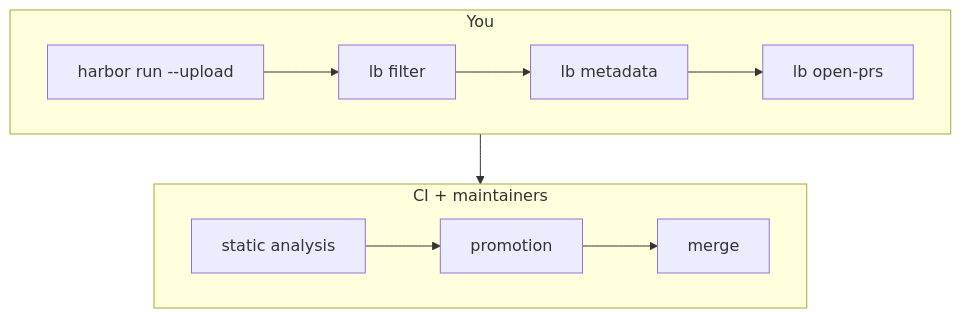
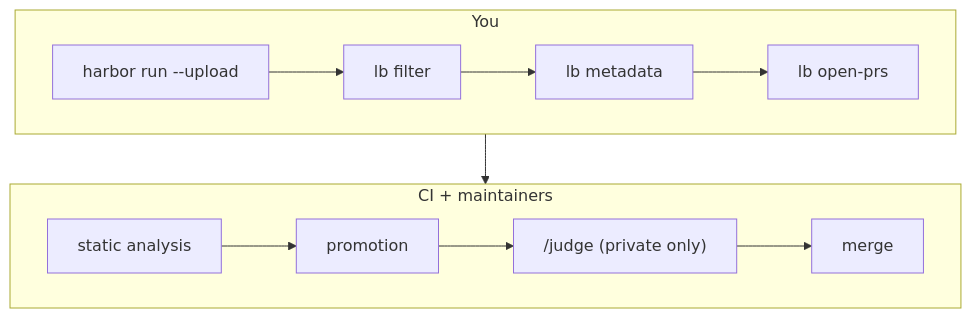
Before and after one commit to ORCA-bench/ORCA-bench: the diagram in leaderboard/SUBMIT.md, drawn with Mermaid. The commit also changed other lines of this file and 1 other file, not shown here.

First line of the commit message:
Document submitting to the private leaderboard

````diff
--- a/leaderboard/SUBMIT.md
+++ b/leaderboard/SUBMIT.md
@@ -8,12 +16,12 @@
 ```mermaid
 flowchart TD
     subgraph you [You]
         direction LR
         A["harbor run --upload"] --> B[lb filter] --> C[lb metadata] --> D[lb open-prs]
     end
     subgraph pipeline [CI + maintainers]
         direction LR
-        E[static analysis] --> F[promotion] --> G[merge]
+        E[static analysis] --> F[promotion] --> H["/judge (private only)"] --> G[merge]
     end
     you --> pipeline
 ```
````
